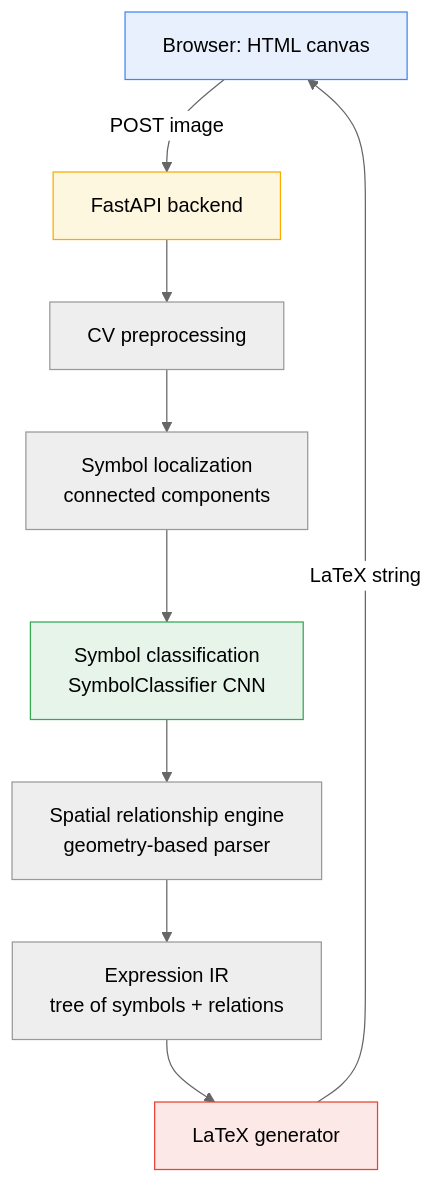
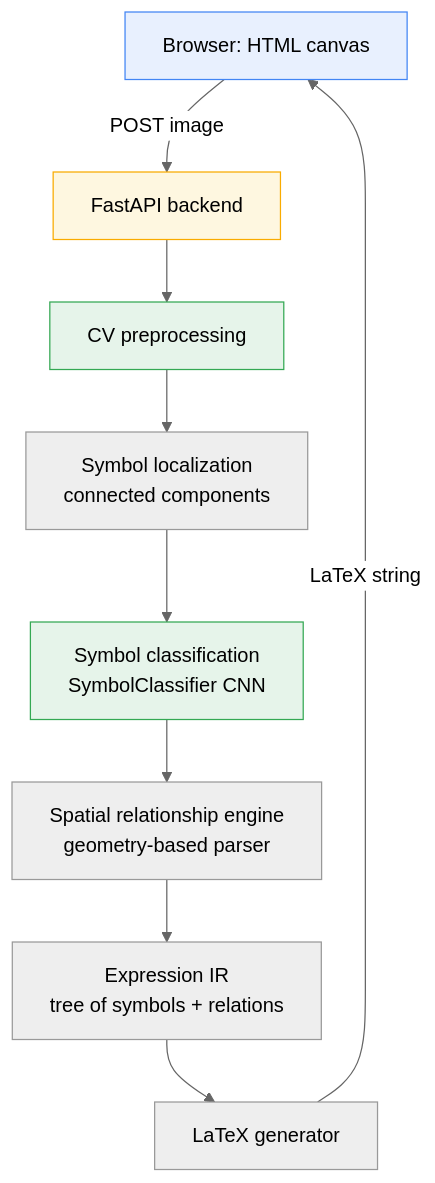
The diagram in README.md (ryanwhitford/LaTeXVision), drawn with Mermaid (neutral theme) before and after one commit. The commit also changed other lines of this file and 10 other files, not shown here.

````diff
--- a/README.md
+++ b/README.md
@@ -23,16 +23,16 @@
 ```mermaid
 flowchart TD
     A[Browser: HTML canvas] -->|POST image| B[FastAPI backend]
     B --> C[CV preprocessing]
     C --> D[Symbol localization<br/>connected components]
     D --> E[Symbol classification<br/>SymbolClassifier CNN]
     E --> F[Spatial relationship engine<br/>geometry-based parser]
     F --> G[Expression IR<br/>tree of symbols + relations]
     G --> H[LaTeX generator]
     H -->|LaTeX string| A
 
     style A fill:#e8f0fe,stroke:#4285f4
     style B fill:#fef7e0,stroke:#f9ab00
+    style C fill:#e6f4ea,stroke:#34a853
     style E fill:#e6f4ea,stroke:#34a853
-    style H fill:#fce8e6,stroke:#ea4335
 ```
````
